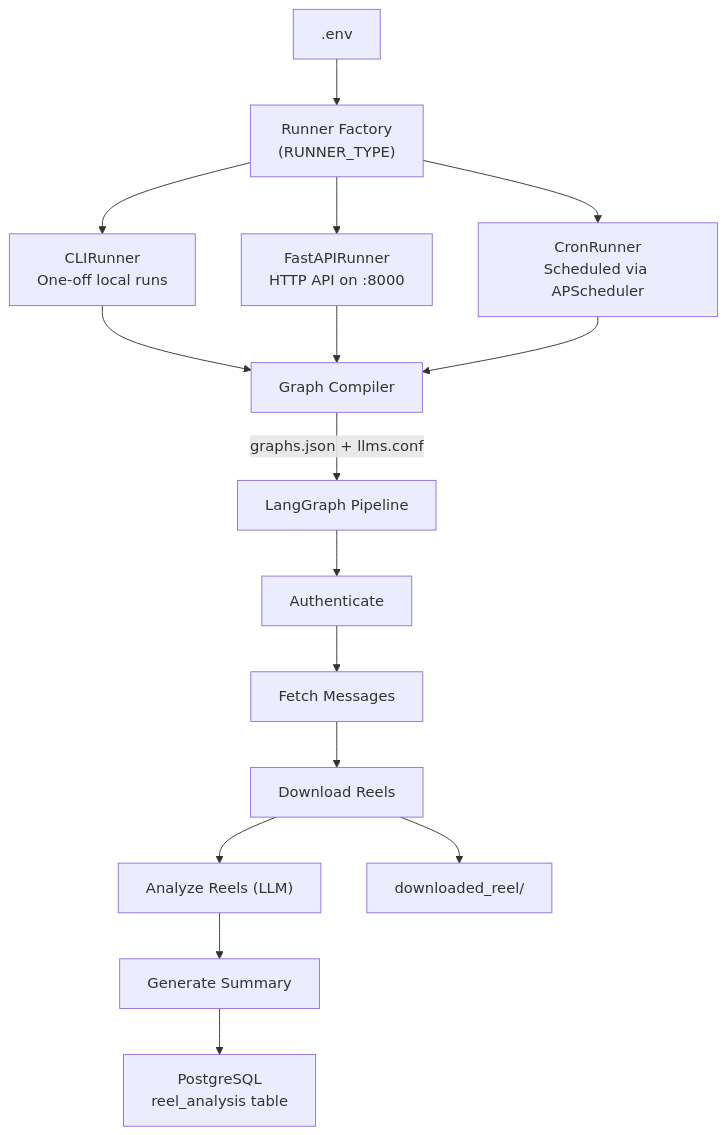
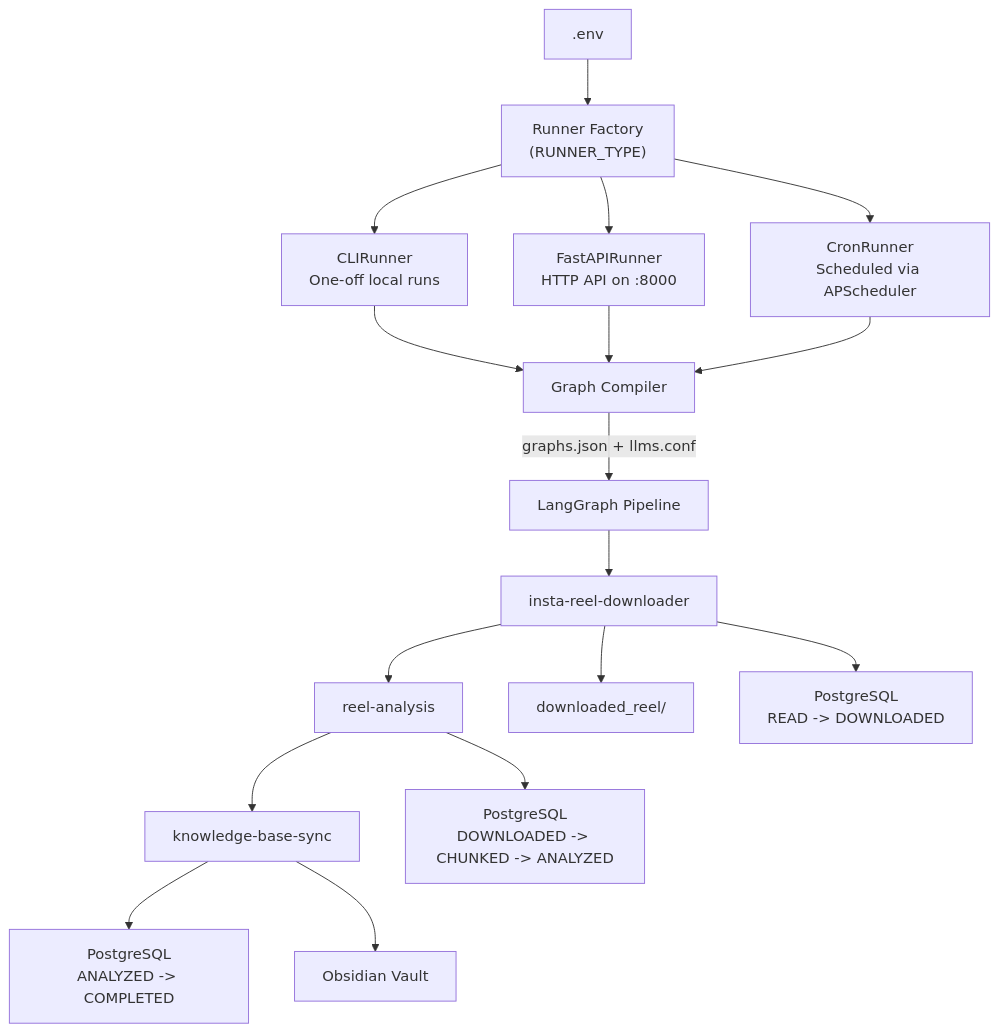
One commit to monodeepdas1215/ig-dm-listener changed the diagram in README.md. Above: the diagram before and after it, drawn with Mermaid. The commit also changed other lines of this file and 82 other files, not shown here.

Commit message:
insta-dm-automation graphs broken down for simpler debugging and retry mechanisms

````diff
--- a/README.md
+++ b/README.md
@@ -7,21 +7,22 @@
 ```mermaid
 graph TD
     ENV[".env"] --> RF["Runner Factory<br/>(RUNNER_TYPE)"]
     RF --> CLI["CLIRunner<br/>One-off local runs"]
     RF --> API["FastAPIRunner<br/>HTTP API on :8000"]
     RF --> CRON["CronRunner<br/>Scheduled via APScheduler"]
 
     CLI --> GC["Graph Compiler"]
     API --> GC
     CRON --> GC
 
     GC --> |"graphs.json + llms.conf"| LG["LangGraph Pipeline"]
-    LG --> N1["Authenticate"]
-    N1 --> N2["Fetch Messages"]
-    N2 --> N3["Download Reels"]
-    N3 --> N4["Analyze Reels (LLM)"]
-    N4 --> N5["Generate Summary"]
+    LG --> G1["insta-reel-downloader"]
+    G1 --> G2["reel-analysis"]
+    G2 --> G3["knowledge-base-sync"]
 
-    N3 --> FS["downloaded_reel/"]
-    N5 --> PG["PostgreSQL<br/>reel_analysis table"]
+    G1 --> FS["downloaded_reel/"]
+    G1 --> PG["PostgreSQL<br/>READ -> DOWNLOADED"]
+    G2 --> PG2["PostgreSQL<br/>DOWNLOADED -> CHUNKED -> ANALYZED"]
+    G3 --> PG3["PostgreSQL<br/>ANALYZED -> COMPLETED"]
+    G3 --> OBS["Obsidian Vault"]
 ```
````
